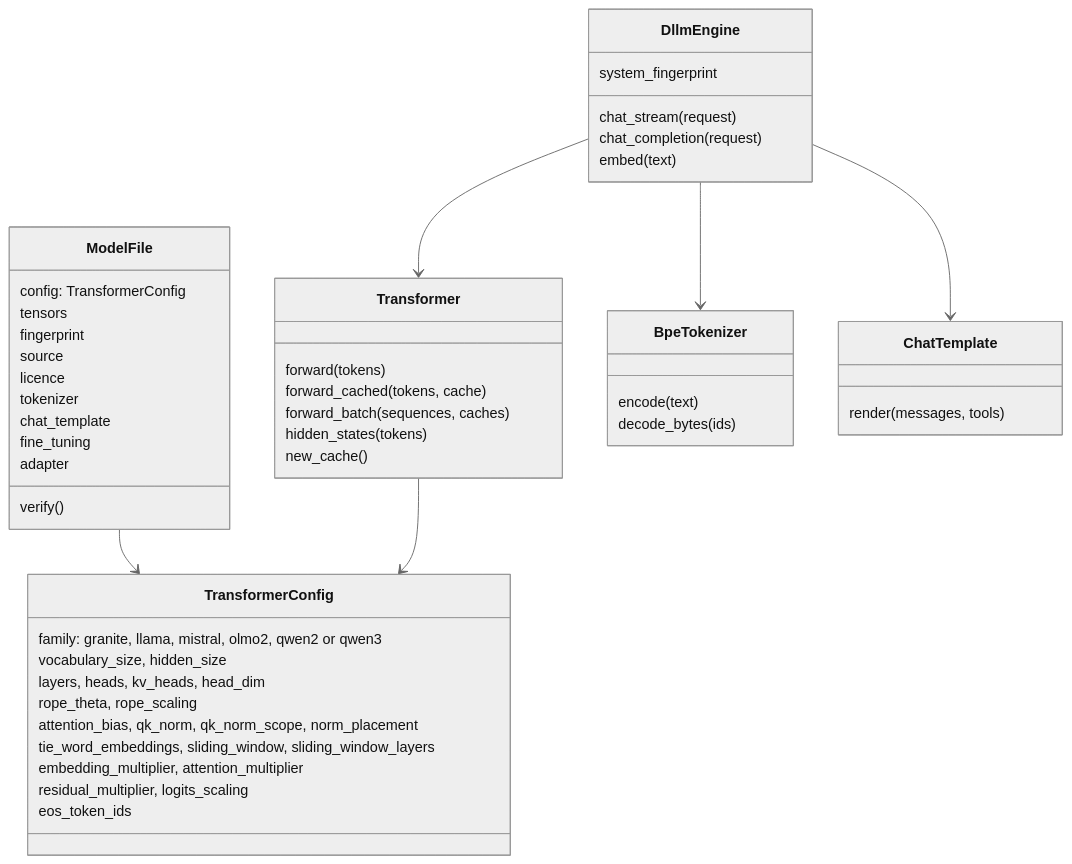
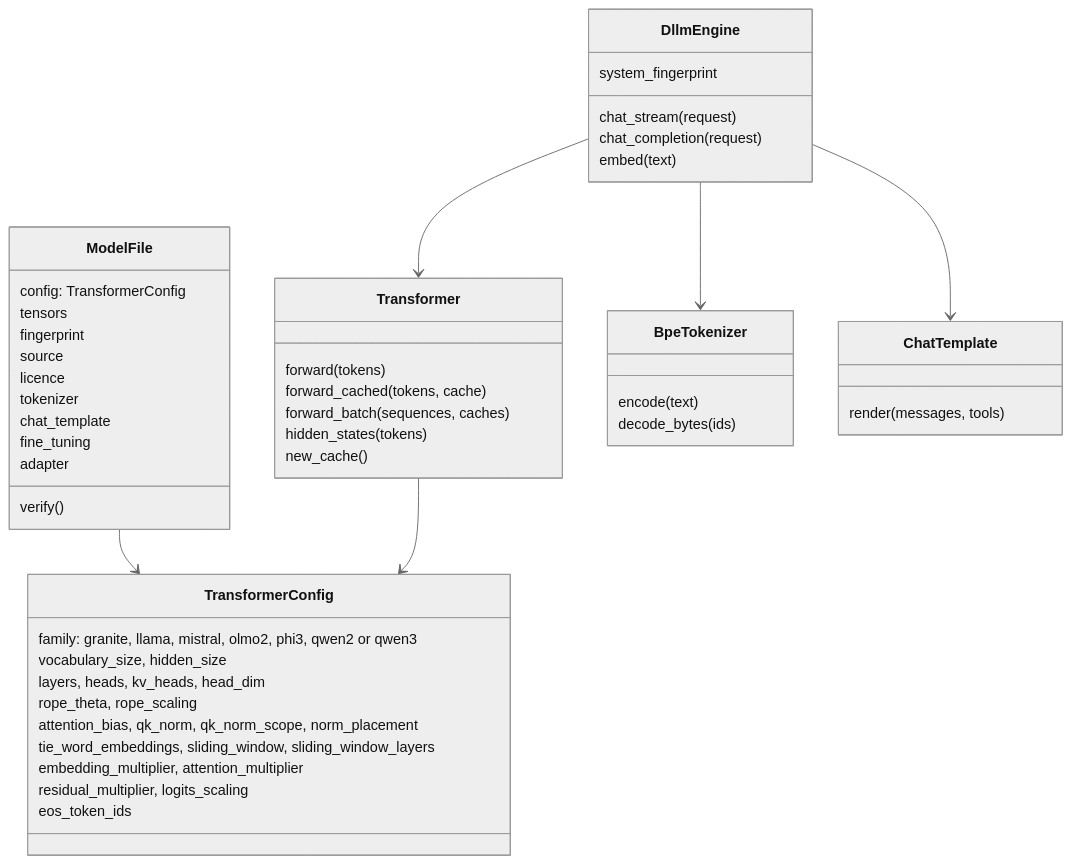
One commit to vrenken/etalii.dllm changed the fourth of 4 diagrams in docs/architecture/models.md. Above: the diagram before and after it, drawn with Mermaid (neutral theme). The commit also changed other lines of this file and 17 other files, not shown here.

First line of the commit message:
Phi-3 architecture: fused projections, partial rotary embeddings and LongRoPE

````diff
--- a/docs/architecture/models.md
+++ b/docs/architecture/models.md
@@ -137,51 +138,51 @@
 ```mermaid
 classDiagram
     class ModelFile {
         config: TransformerConfig
         tensors
         fingerprint
         source
         licence
         tokenizer
         chat_template
         fine_tuning
         adapter
         verify()
     }
     class TransformerConfig {
-        family: granite, llama, mistral, olmo2, qwen2 or qwen3
+        family: granite, llama, mistral, olmo2, phi3, qwen2 or qwen3
         vocabulary_size, hidden_size
         layers, heads, kv_heads, head_dim
         rope_theta, rope_scaling
         attention_bias, qk_norm, qk_norm_scope, norm_placement
         tie_word_embeddings, sliding_window, sliding_window_layers
         embedding_multiplier, attention_multiplier
         residual_multiplier, logits_scaling
         eos_token_ids
     }
     class Transformer {
         forward(tokens)
         forward_cached(tokens, cache)
         forward_batch(sequences, caches)
         hidden_states(tokens)
         new_cache()
     }
     class BpeTokenizer {
         encode(text)
         decode_bytes(ids)
     }
     class ChatTemplate {
         render(messages, tools)
     }
     class DllmEngine {
         chat_stream(request)
         chat_completion(request)
         embed(text)
         system_fingerprint
     }
     ModelFile --> TransformerConfig
     Transformer --> TransformerConfig
     DllmEngine --> Transformer
     DllmEngine --> BpeTokenizer
     DllmEngine --> ChatTemplate
 ```
````
